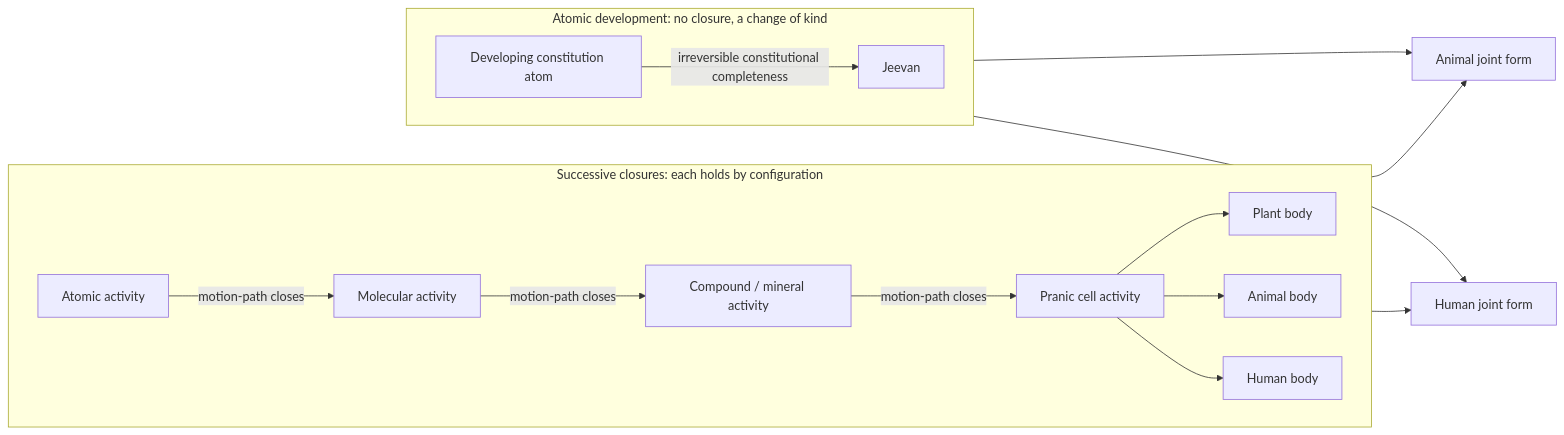
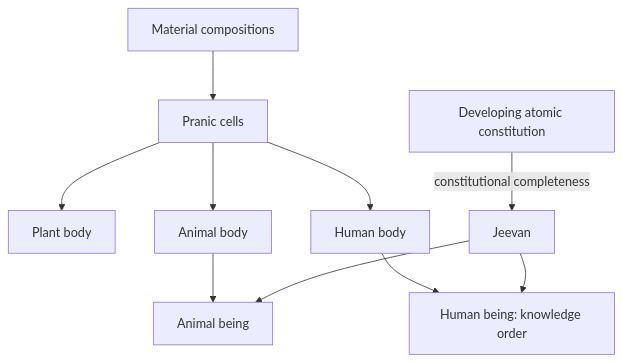
The first of 2 diagrams in Studies/A-State-Dynamic-Model-Of-Coexistence/A-State-Dynamic-Model-Of-Coexistence.md (raghavamohan/AnalyticMadhyasthDarshan), drawn with Mermaid before and after one commit. The commit also changed other lines of this file and 30 other files, not shown here.

````diff
--- a/Studies/A-State-Dynamic-Model-Of-Coexistence/A-State-Dynamic-Model-Of-Coexistence.md
+++ b/Studies/A-State-Dynamic-Model-Of-Coexistence/A-State-Dynamic-Model-Of-Coexistence.md
@@ -243,20 +182,12 @@
 ```mermaid
-flowchart LR
-    subgraph COMPOSITION["Successive closures: each holds by configuration"]
-      direction LR
-      ATOM["Atomic activity"] -->|"motion-path closes"| MOL["Molecular activity"]
-      MOL -->|"motion-path closes"| COMP["Compound / mineral activity"]
-      COMP -->|"motion-path closes"| CELL["Pranic cell activity"]
-      CELL --> PLANT["Plant body"]
-      CELL --> ANBODY["Animal body"]
-      CELL --> HUMBODY["Human body"]
-    end
-    subgraph ATOMIC["Atomic development: no closure, a change of kind"]
-      direction LR
-      DEV["Developing constitution atom"] -->|"irreversible constitutional completeness"| JEEVAN["Jeevan"]
-    end
-    ANBODY --> ANIMAL["Animal joint form"]
+flowchart TB
+    MATERIAL["Material compositions"] --> CELLS["Pranic cells"]
+    CELLS --> PLANT["Plant body"]
+    CELLS --> ANBODY["Animal body"]
+    CELLS --> HUMBODY["Human body"]
+    ATOM["Developing atomic constitution"] -->|"constitutional completeness"| JEEVAN["Jeevan"]
+    ANBODY --> ANIMAL["Animal being"]
     JEEVAN --> ANIMAL
-    HUMBODY --> HUMAN["Human joint form"]
+    HUMBODY --> HUMAN["Human being: knowledge order"]
     JEEVAN --> HUMAN
 ```
````
